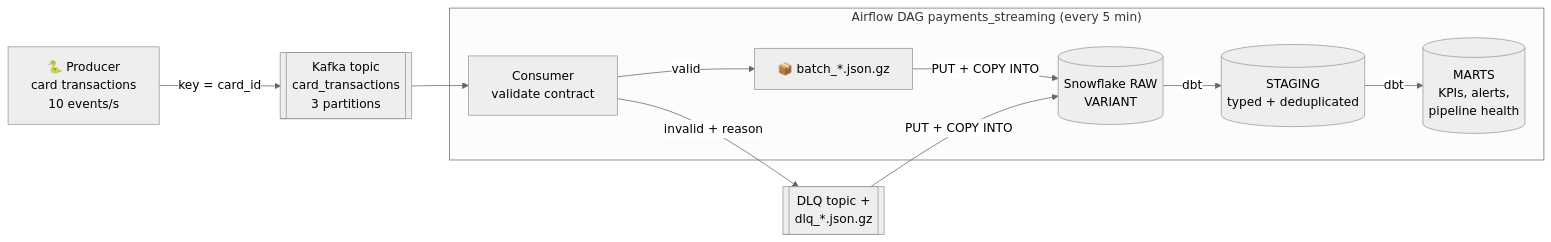
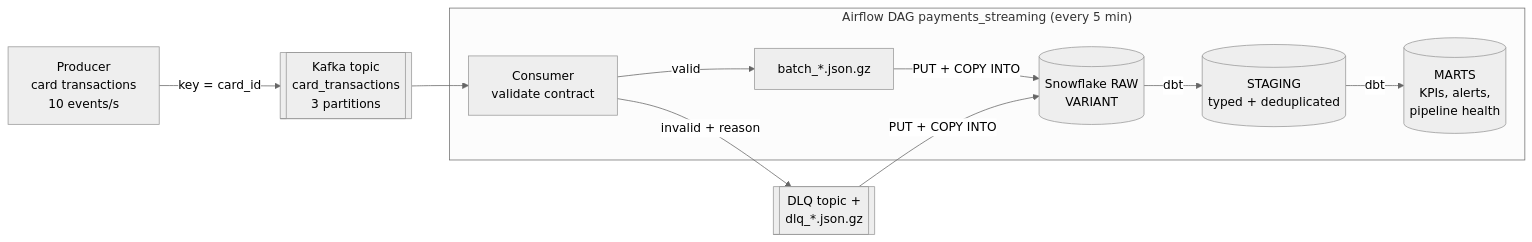
Before and after one commit to bairipoojitha1299/payments-streaming-pipeline: the diagram in README.md, drawn with Mermaid (neutral theme). The commit also changed other lines of this file, not shown here.

````diff
--- a/README.md
+++ b/README.md
@@ -24,18 +20,18 @@
 ```mermaid
 flowchart LR
-    P["🐍 Producer<br/>card transactions<br/>10 events/s"] -->|"key = card_id"| K[["Kafka topic<br/>card_transactions<br/>3 partitions"]]
+    P["Producer<br/>card transactions<br/>10 events/s"] -->|"key = card_id"| K[["Kafka topic<br/>card_transactions<br/>3 partitions"]]
     K --> C["Consumer<br/>validate contract"]
-    C -->|"valid"| F["📦 batch_*.json.gz"]
+    C -->|"valid"| F["batch_*.json.gz"]
     C -->|"invalid + reason"| D[["DLQ topic +<br/>dlq_*.json.gz"]]
     F -->|"PUT + COPY INTO"| R[("Snowflake RAW<br/>VARIANT")]
     D -->|"PUT + COPY INTO"| R
     R -->|"dbt"| S[("STAGING<br/>typed + deduplicated")]
     S -->|"dbt"| M[("MARTS<br/>KPIs, alerts,<br/>pipeline health")]
     subgraph AF["Airflow DAG payments_streaming (every 5 min)"]
       C
       F
       R
       S
       M
     end
 ```
````
